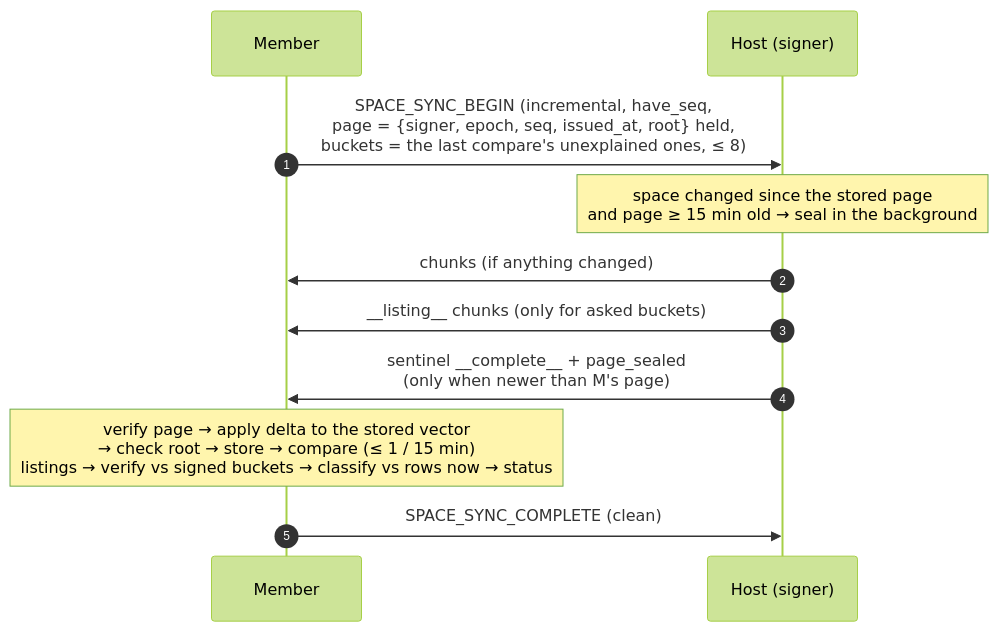
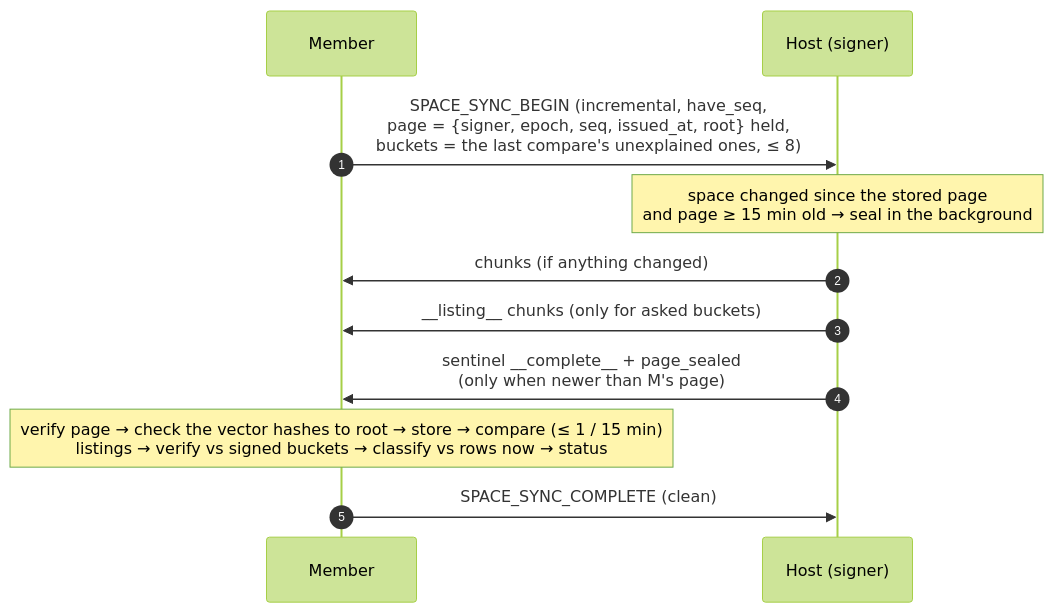
The first of 3 diagrams in docs/protocol/sync-pages.md (social-home-io/socialhome), drawn with Mermaid (forest theme) before and after one commit. The commit also changed other lines of this file and 7 other files, not shown here.

First line of the commit message:
Docs: sync pages after the final review - no delta, honest cost, dry buckets, the owner's catch-up

````diff
--- a/docs/protocol/sync-pages.md
+++ b/docs/protocol/sync-pages.md
@@ -321,13 +322,13 @@
 ```mermaid
 sequenceDiagram
     autonumber
     participant M as Member
     participant H as Host (signer)
     M->>H: SPACE_SYNC_BEGIN (incremental, have_seq,<br/>page = {signer, epoch, seq, issued_at, root} held,<br/>buckets = the last compare's unexplained ones, ≤ 8)
     Note over H: space changed since the stored page<br/>and page ≥ 15 min old → seal in the background
     H->>M: chunks (if anything changed)
     H->>M: __listing__ chunks (only for asked buckets)
     H->>M: sentinel __complete__ + page_sealed<br/>(only when newer than M's page)
-    Note over M: verify page → apply delta to the stored vector<br/>→ check root → store → compare (≤ 1 / 15 min)<br/>listings → verify vs signed buckets → classify vs rows now → status
+    Note over M: verify page → check the vector hashes to root → store → compare (≤ 1 / 15 min)<br/>listings → verify vs signed buckets → classify vs rows now → status
     M->>H: SPACE_SYNC_COMPLETE (clean)
 ```
````
